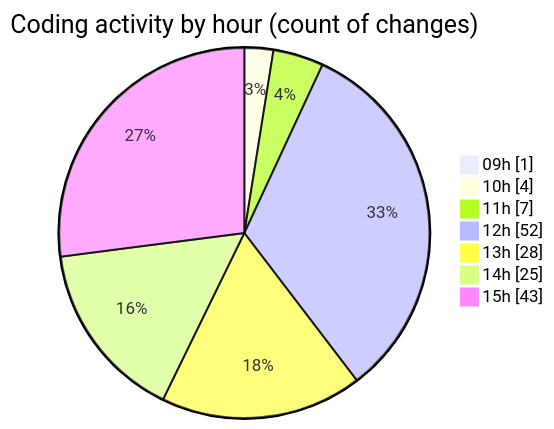
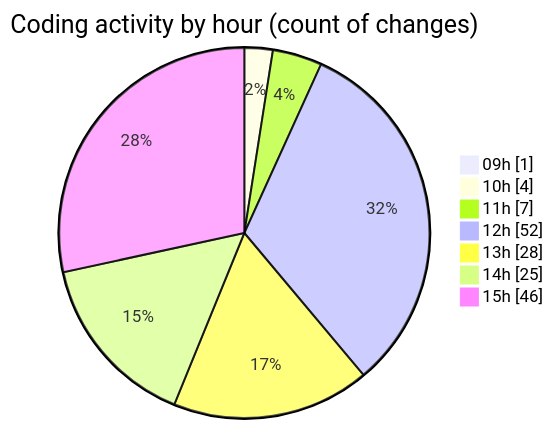
The second of 2 diagrams in 2025-04-07/cda/README.md (momahboobian/code-tracking), drawn with Mermaid before and after one commit. The commit also changed other lines of this file and 1 other file, not shown here.

````diff
--- a/2025-04-07/cda/README.md
+++ b/2025-04-07/cda/README.md
@@ -36,11 +36,11 @@
 ```mermaid
 pie showData
 title Coding activity by hour (count of changes)
 "09h" : 1
 "10h" : 4
 "11h" : 7
 "12h" : 52
 "13h" : 28
 "14h" : 25
-"15h" : 43
+"15h" : 46
 ```
````
